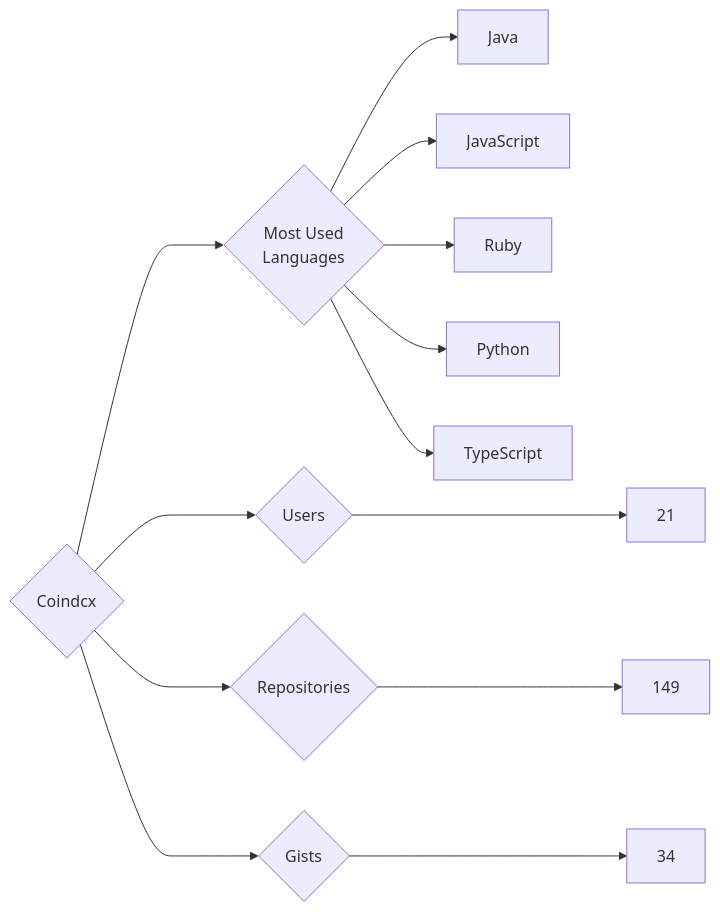
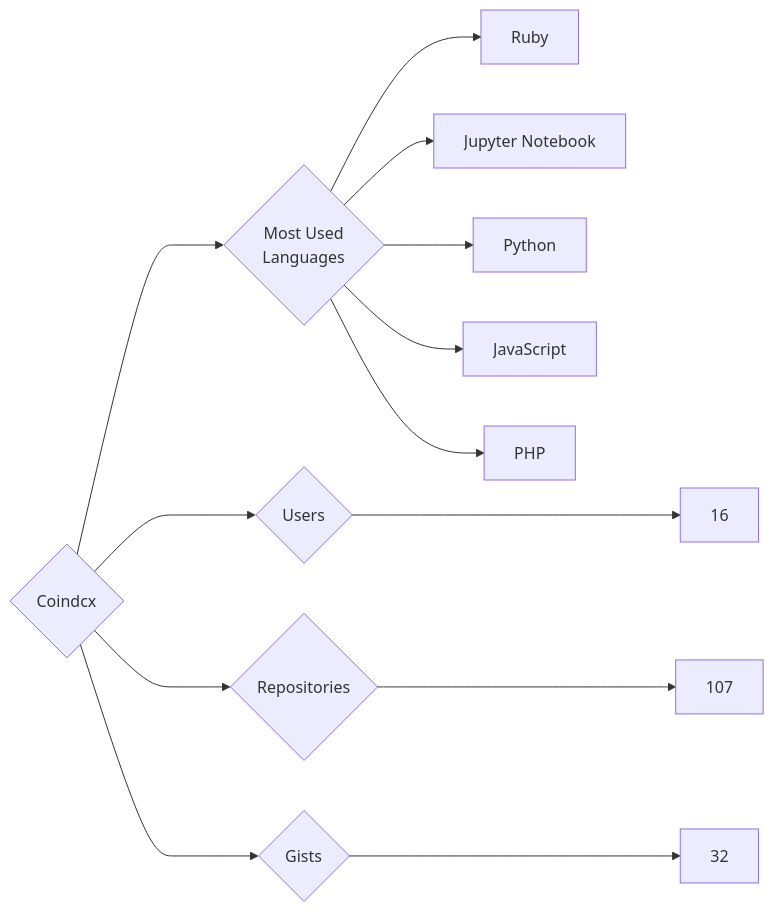
One commit to trickest/insiders changed the diagram in targets/Coindcx/README.md. Above: the diagram before and after it, drawn with Mermaid. The commit also changed 845 other files, not shown here.

````diff
--- a/targets/Coindcx/README.md
+++ b/targets/Coindcx/README.md
@@ -3,13 +3,13 @@
 ```mermaid
 graph LR
 COMPANY_NAME{Coindcx}
-COMPANY_NAME ---> U{Users} ---> UN[21]
-COMPANY_NAME ---> R{Repositories} ---> RN[149]
-COMPANY_NAME ---> G{Gists} ---> GN[34]
+COMPANY_NAME ---> U{Users} ---> UN[16]
+COMPANY_NAME ---> R{Repositories} ---> RN[107]
+COMPANY_NAME ---> G{Gists} ---> GN[32]
 COMPANY_NAME ---> ML{Most Used<br>Languages}
-ML --> Java[Java]
+ML --> Ruby[Ruby]
+ML --> Jupyter_Notebook[Jupyter Notebook]
+ML --> Python[Python]
 ML --> JavaScript[JavaScript]
-ML --> Ruby[Ruby]
-ML --> Python[Python]
-ML --> TypeScript[TypeScript]
+ML --> PHP[PHP]
 ```
````
